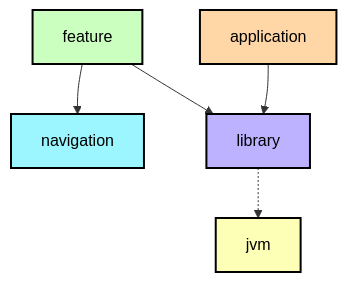
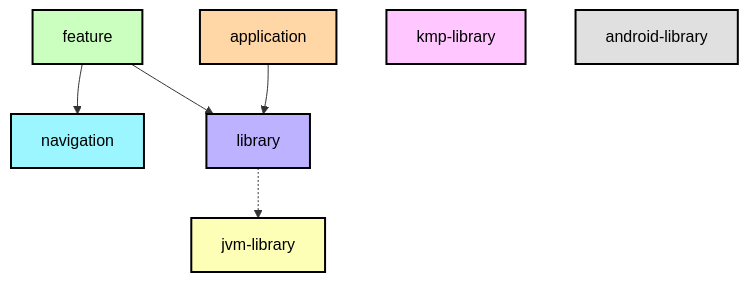
Before and after one commit to Adrc95/logrono-bus: the second of 2 diagrams in core/domain/README.md, drawn with Mermaid. The commit also changed other lines of this file and 41 other files, not shown here.

First line of the commit message:
Fix: document the iOS app, repair the graphs, the web language and the follow camera

````diff
--- a/core/domain/README.md
+++ b/core/domain/README.md
@@ -58,22 +36,24 @@
 ```mermaid
 graph TB
   feature[feature]:::feature
   navigation[navigation]:::navigation
   library[library]:::library
   application[application]:::application
-  jvm[jvm]:::jvm-library
+  jvm-library[jvm-library]:::jvm-library
+  kmp-library[kmp-library]:::kmp-library
+  android-library[android-library]:::android-library
 
   feature --> navigation
   feature --> library
   application --> library
-  library -.-> jvm
+  library -.-> jvm-library
 
 classDef feature fill:#CAFFBF,stroke:#000,stroke-width:2px,color:#000;
 classDef navigation fill:#9BF6FF,stroke:#000,stroke-width:2px,color:#000;
 classDef library fill:#BDB2FF,stroke:#000,stroke-width:2px,color:#000;
 classDef application fill:#FFD6A5,stroke:#000,stroke-width:2px,color:#000;
 classDef jvm-library fill:#FDFFB6,stroke:#000,stroke-width:2px,color:#000;
 classDef kmp-library fill:#FFC6FF,stroke:#000,stroke-width:2px,color:#000;
 classDef android-library fill:#E0E0E0,stroke:#000,stroke-width:2px,color:#000;
 classDef unknown fill:#FFADAD,stroke:#000,stroke-width:2px,color:#000;
 ```
````
